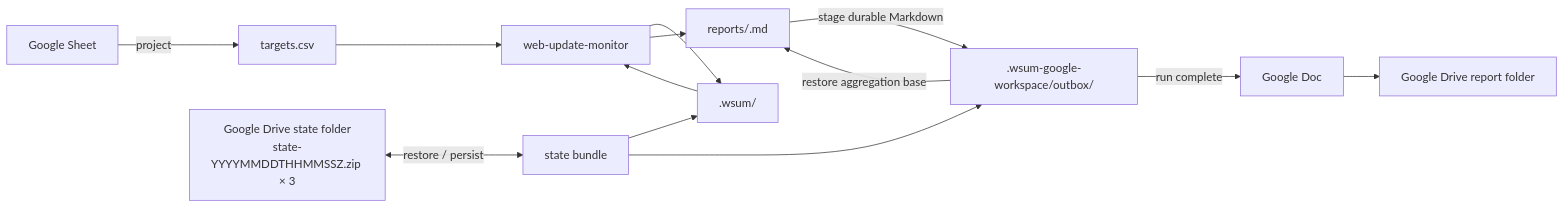
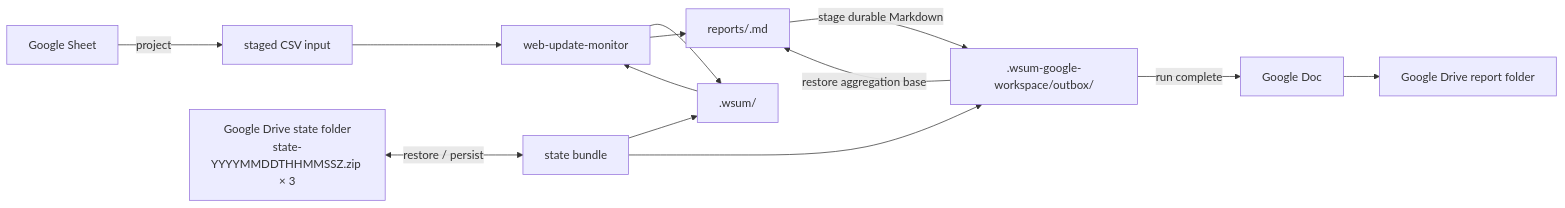
The diagram in skills/web-update-monitor-gws/SKILL.md (dceoy/wsum), drawn with Mermaid before and after one commit. The commit also changed other lines of this file, not shown here.

Commit message:
Pass staged GWS targets explicitly to core

````diff
--- a/skills/web-update-monitor-gws/SKILL.md
+++ b/skills/web-update-monitor-gws/SKILL.md
@@ -16,15 +16,15 @@
 ```mermaid
 flowchart LR
-    GS["Google Sheet"] -->|project| CSV["targets.csv"]
+    GS["Google Sheet"] -->|project| CSV["staged CSV input"]
     DS["Google Drive state folder<br/>state-YYYYMMDDTHHMMSSZ.zip × 3"] <-->|restore / persist| BUNDLE["state bundle"]
     BUNDLE --> STATE[".wsum/"]
     BUNDLE --> OUT[".wsum-google-workspace/outbox/"]
     CSV --> CORE["web-update-monitor"]
     STATE --> CORE
     CORE --> STATE
     CORE --> REPORT["reports/<run-id>.md"]
     OUT -->|restore aggregation base| REPORT
     REPORT -->|stage durable Markdown| OUT
     OUT -->|run complete| GDOC["Google Doc"]
     GDOC --> DR["Google Drive report folder"]
 ```
````
